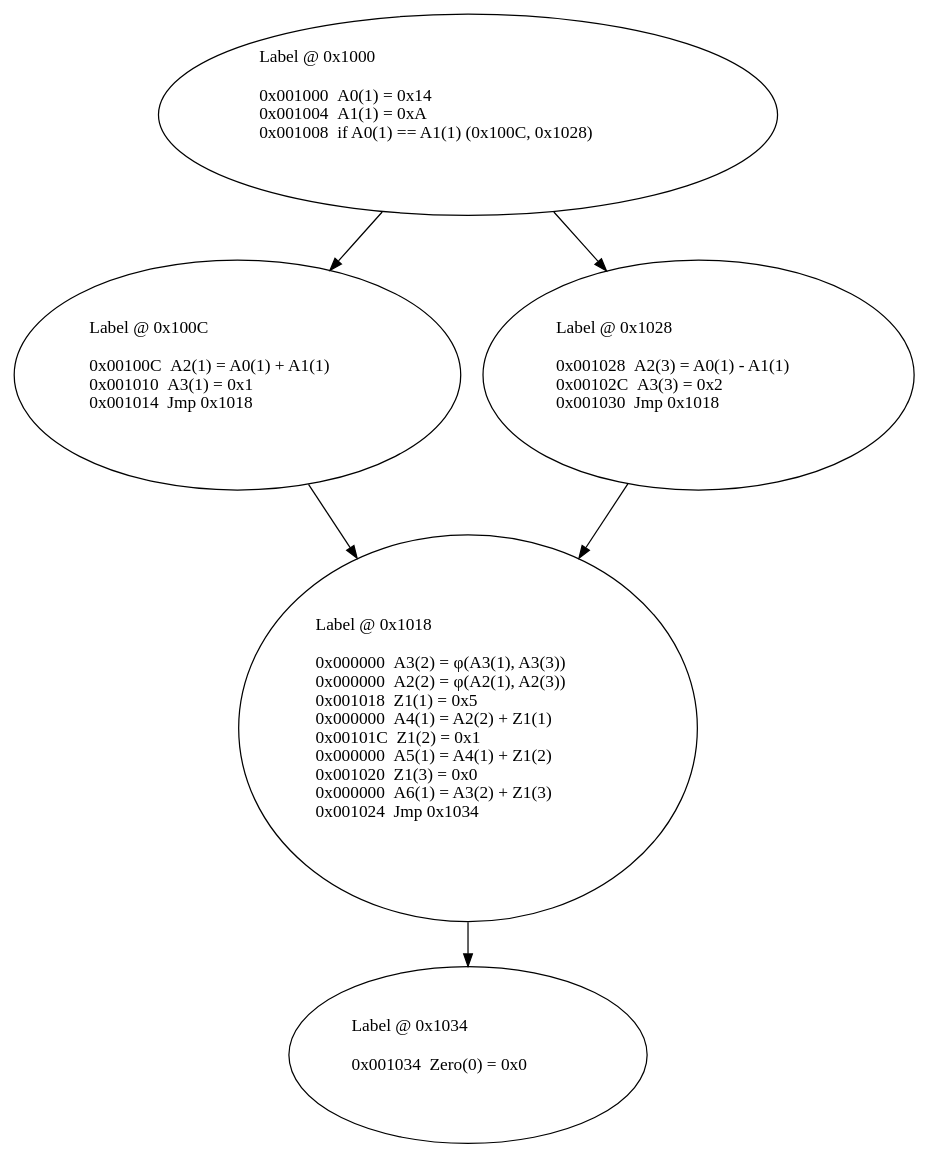
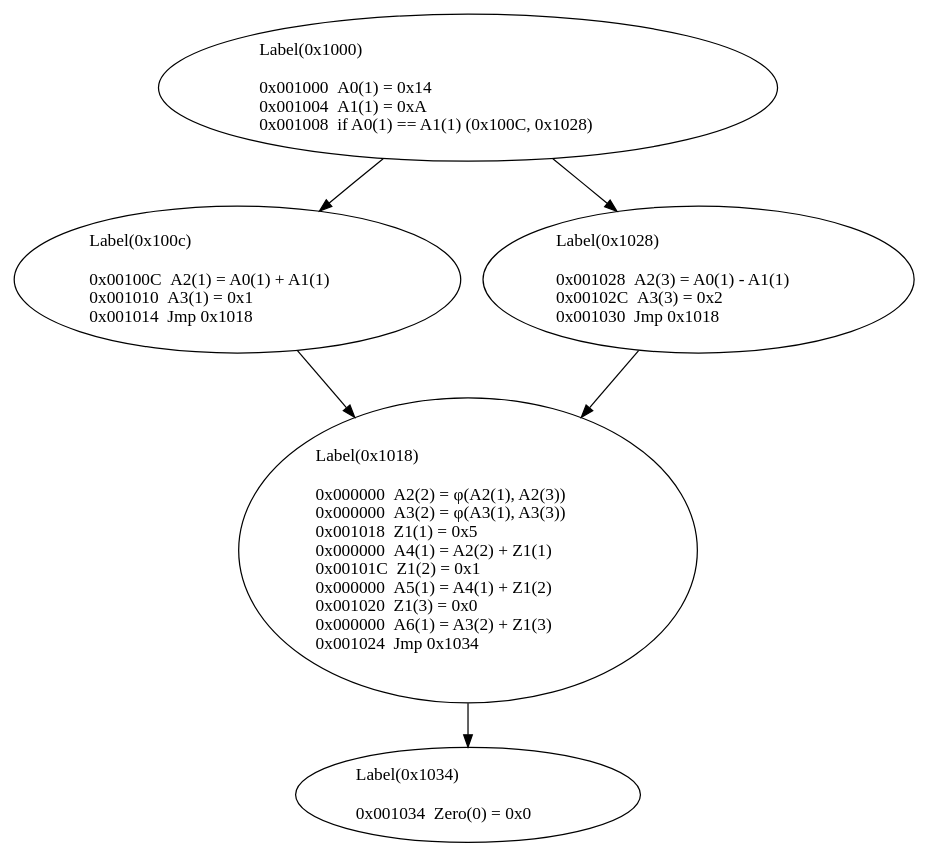
Before and after one commit to seal9055/sfuzz: the diagram in graph.dot, drawn with Graphviz. The commit also changed 7 other files, not shown here.

```diff
--- a/graph.dot
+++ b/graph.dot
@@ -1,12 +1,12 @@
 digraph {
-    0 [ label = "		Label @ 0x1000\l\l0x001000  A0(1) = 0x14\l0x001004  A1(1) = 0xA\l0x001008  if A0(1) == A1(1) (0x100C, 0x1028)\l\l " ]
-    1 [ label = "\l		Label @ 0x100C\l\l0x00100C  A2(1) = A0(1) + A1(1)\l0x001010  A3(1) = 0x1\l0x001014  Jmp 0x1018\l\l " ]
-    2 [ label = "\l		Label @ 0x1018\l\l0x000000  A3(2) = φ(A3(1), A3(3))\l0x000000  A2(2) = φ(A2(1), A2(3))\l0x001018  Z1(1) = 0x5\l0x000000  A4(1) = A2(2) + Z1(1)\l0x00101C  Z1(2) = 0x1\l0x000000  A5(1) = A4(1) + Z1(2)\l0x001020  Z1(3) = 0x0\l0x000000  A6(1) = A3(2) + Z1(3)\l0x001024  Jmp 0x1034\l\l " ]
-    3 [ label = "\l		Label @ 0x1028\l\l0x001028  A2(3) = A0(1) - A1(1)\l0x00102C  A3(3) = 0x2\l0x001030  Jmp 0x1018\l\l " ]
-    4 [ label = "\l		Label @ 0x1034\l\l0x001034  Zero(0) = 0x0\l\l " ]
+    0 [ label = "	Label(0x1000)\l\l0x001000  A0(1) = 0x14\l0x001004  A1(1) = 0xA\l0x001008  if A0(1) == A1(1) (0x100C, 0x1028)\l" ]
+    1 [ label = "	Label(0x100c)\l\l0x00100C  A2(1) = A0(1) + A1(1)\l0x001010  A3(1) = 0x1\l0x001014  Jmp 0x1018\l" ]
+    2 [ label = "	Label(0x1018)\l\l0x000000  A2(2) = φ(A2(1), A2(3))\l0x000000  A3(2) = φ(A3(1), A3(3))\l0x001018  Z1(1) = 0x5\l0x000000  A4(1) = A2(2) + Z1(1)\l0x00101C  Z1(2) = 0x1\l0x000000  A5(1) = A4(1) + Z1(2)\l0x001020  Z1(3) = 0x0\l0x000000  A6(1) = A3(2) + Z1(3)\l0x001024  Jmp 0x1034\l" ]
+    3 [ label = "	Label(0x1028)\l\l0x001028  A2(3) = A0(1) - A1(1)\l0x00102C  A3(3) = 0x2\l0x001030  Jmp 0x1018\l" ]
+    4 [ label = "	Label(0x1034)\l\l0x001034  Zero(0) = 0x0\l" ]
     0 -> 1 [ ]
     0 -> 3 [ ]
     1 -> 2 [ ]
     2 -> 4 [ ]
     3 -> 2 [ ]
 }
```
